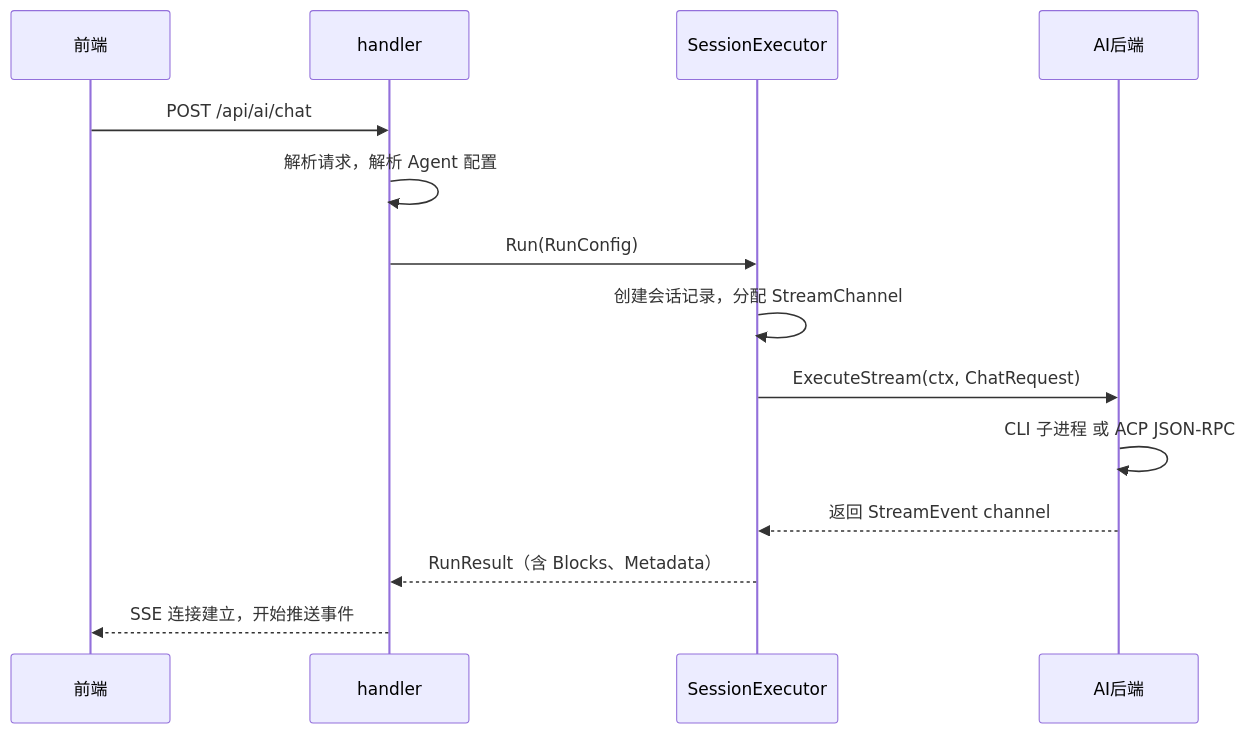
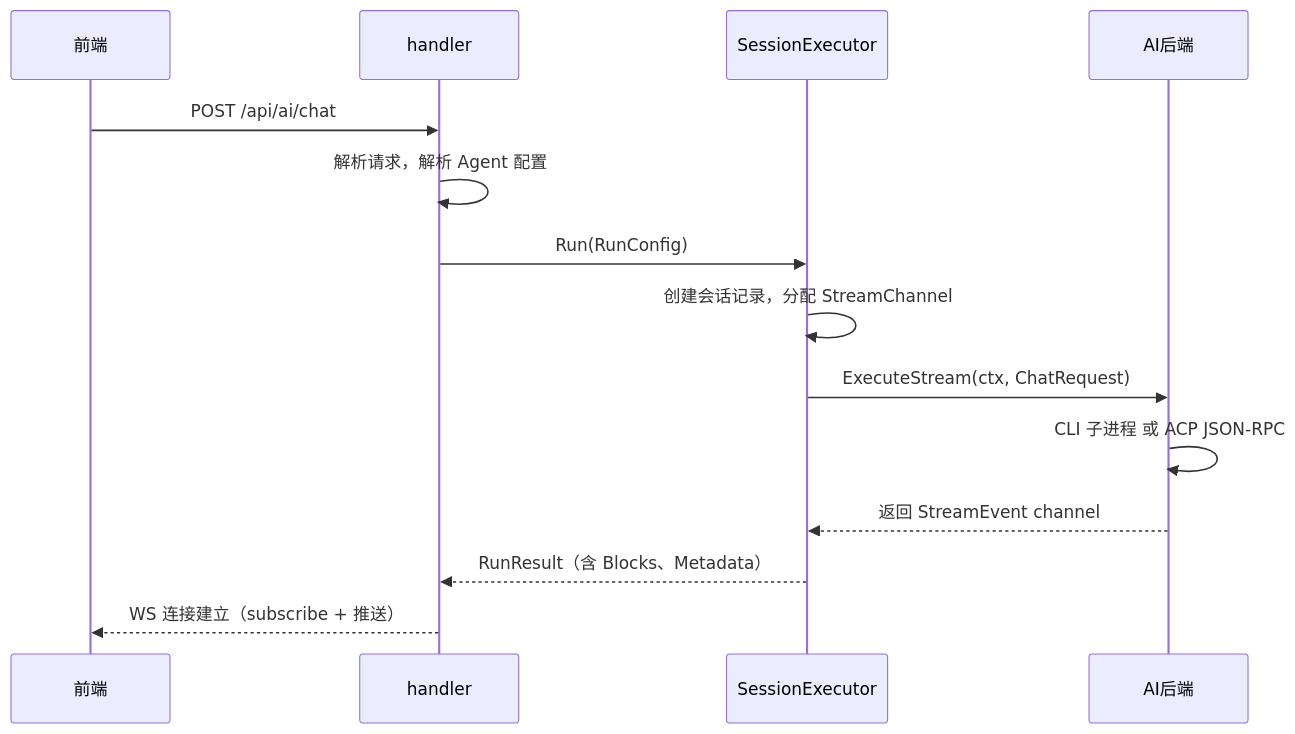
The first of 3 diagrams in docs/spec/core/chat-flow.md (clawbench-dev/clawbench), drawn with Mermaid before and after one commit. The commit also changed other lines of this file and 15 other files, not shown here.

````diff
--- a/docs/spec/core/chat-flow.md
+++ b/docs/spec/core/chat-flow.md
@@ -9,17 +9,17 @@
 ```mermaid
 sequenceDiagram
     participant 前端
     participant handler
     participant SessionExecutor
     participant AI后端
 
     前端->>handler: POST /api/ai/chat
     handler->>handler: 解析请求，解析 Agent 配置
     handler->>SessionExecutor: Run(RunConfig)
     SessionExecutor->>SessionExecutor: 创建会话记录，分配 StreamChannel
     SessionExecutor->>AI后端: ExecuteStream(ctx, ChatRequest)
     AI后端->>AI后端: CLI 子进程 或 ACP JSON-RPC
     AI后端-->>SessionExecutor: 返回 StreamEvent channel
     SessionExecutor-->>handler: RunResult（含 Blocks、Metadata）
-    handler-->>前端: SSE 连接建立，开始推送事件
+    handler-->>前端: WS 连接建立（subscribe + 推送）
 ```
````
